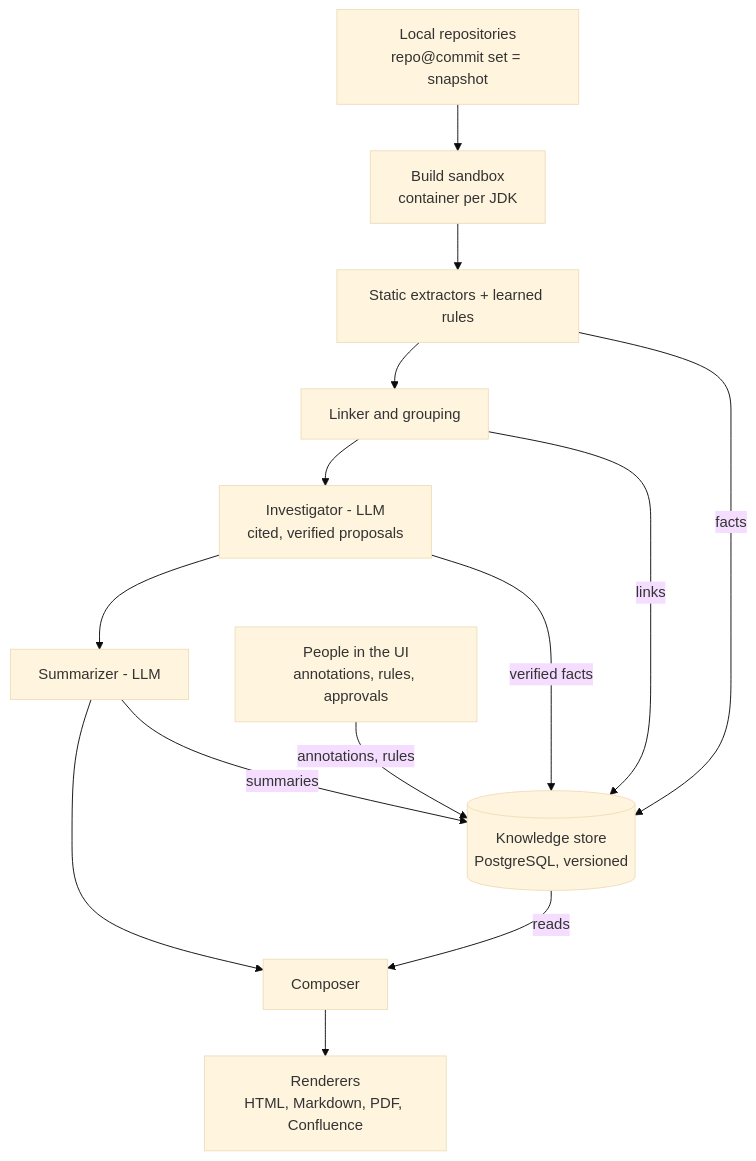
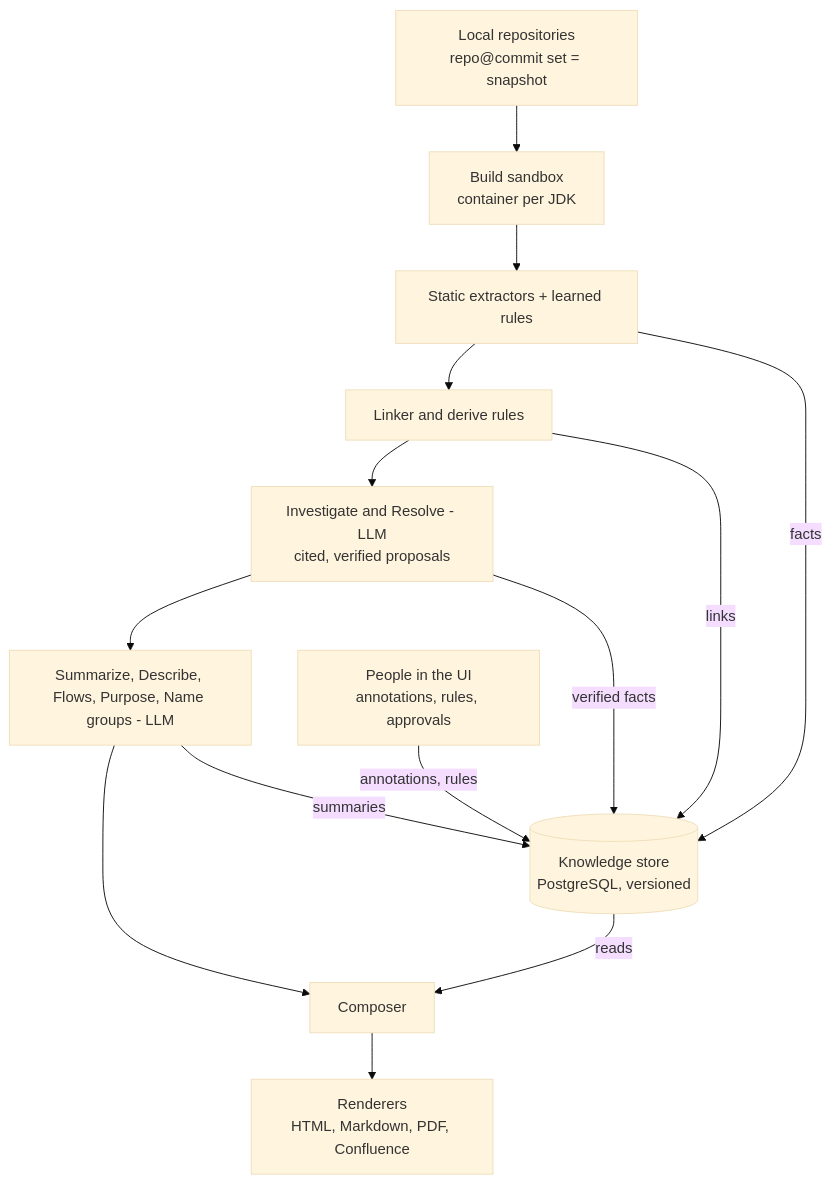
The diagram in docs/design.md (reubenbubu/lantern), drawn with Mermaid (base theme) before and after one commit. The commit also changed other lines of this file and 9 other files, not shown here.

````diff
--- a/docs/design.md
+++ b/docs/design.md
@@ -49,16 +49,16 @@
 ```mermaid
 flowchart TD
   repos[Local repositories<br/>repo@commit set = snapshot] --> build[Build sandbox<br/>container per JDK]
   build --> extract[Static extractors + learned rules]
-  extract --> link[Linker and grouping]
-  link --> investigate[Investigator - LLM<br/>cited, verified proposals]
-  investigate --> summarize[Summarizer - LLM]
+  extract --> link[Linker and derive rules]
+  link --> investigate[Investigate and Resolve - LLM<br/>cited, verified proposals]
+  investigate --> summarize[Summarize, Describe, Flows, Purpose, Name groups - LLM]
   summarize --> compose[Composer]
   compose --> render[Renderers<br/>HTML, Markdown, PDF, Confluence]
   people[People in the UI<br/>annotations, rules, approvals] -- annotations, rules --> store[(Knowledge store<br/>PostgreSQL, versioned)]
   extract -- facts --> store
   link -- links --> store
   investigate -- verified facts --> store
   summarize -- summaries --> store
   store -- reads --> compose
 ```
````
